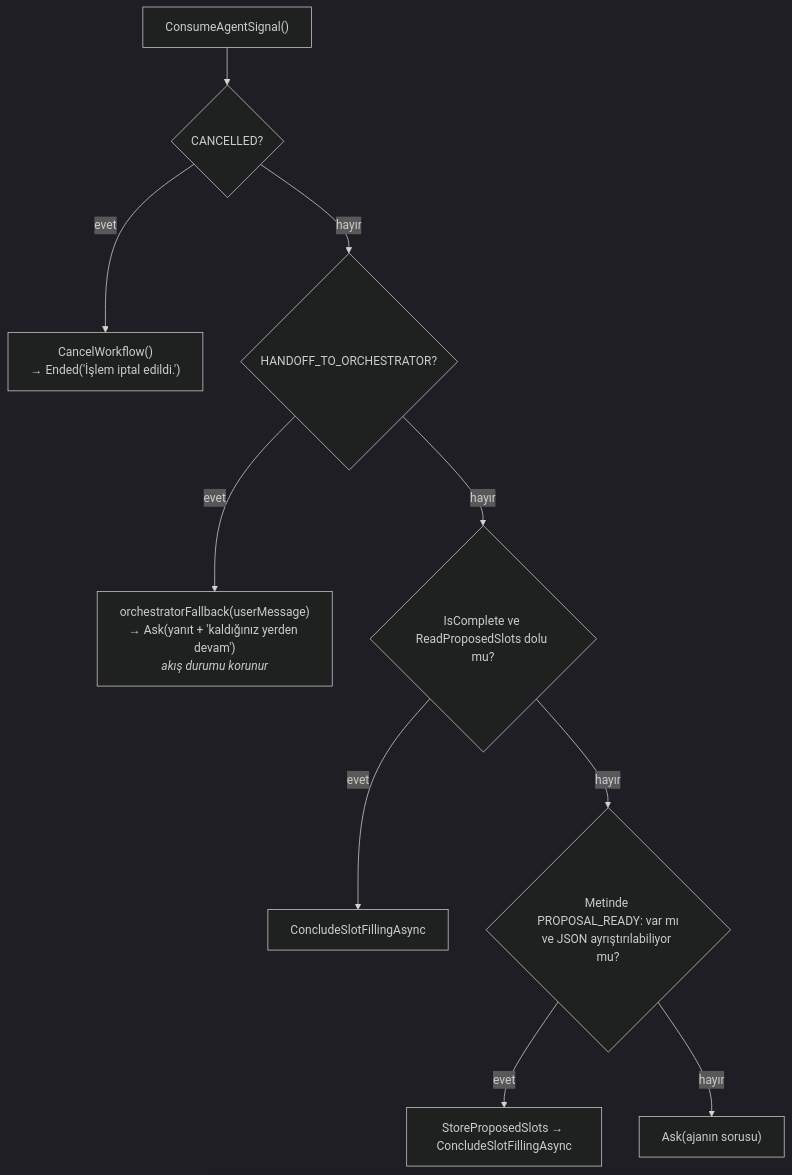
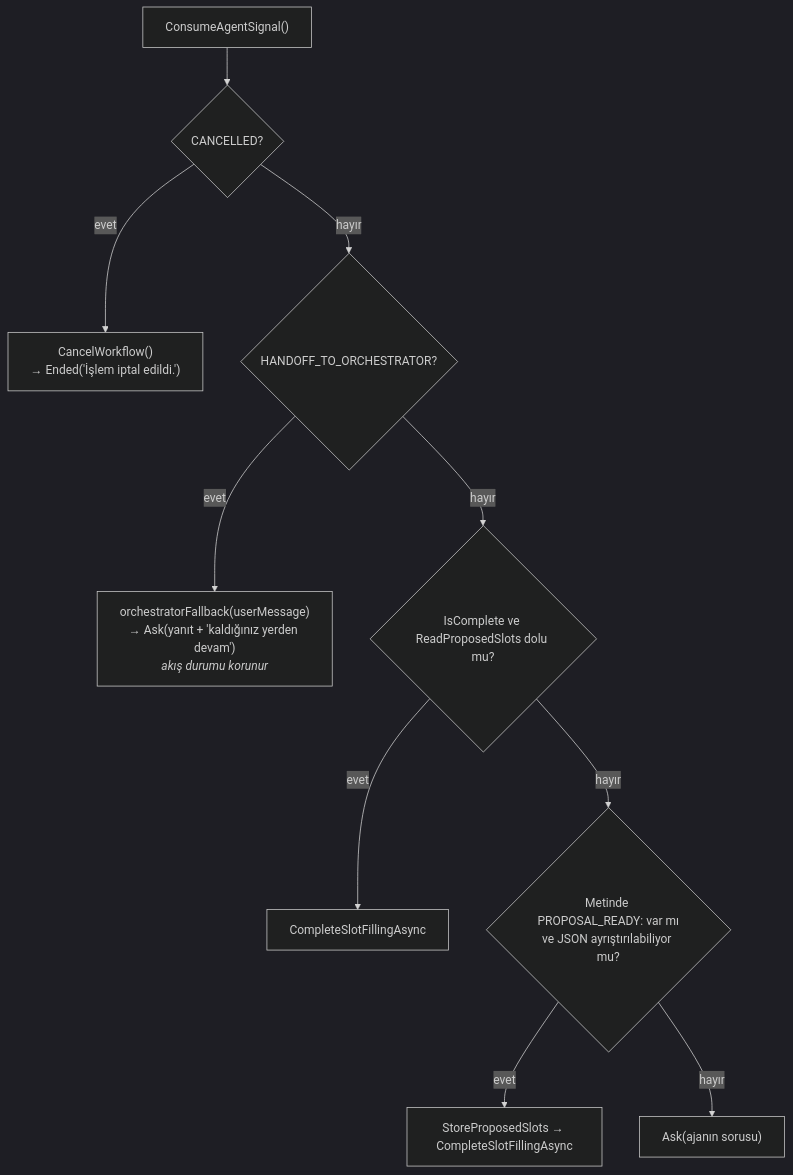
One commit to Boran-Sert/Bank-_Agentic changed the seventh of 9 diagrams in ANALIZ.md. Above: the diagram before and after it, drawn with Mermaid (dark theme). The commit also changed other lines of this file, not shown here.

````diff
--- a/ANALIZ.md
+++ b/ANALIZ.md
@@ -580,12 +580,12 @@
 ```mermaid
 flowchart TD
     S["ConsumeAgentSignal()"] --> C{"CANCELLED?"}
     C -->|evet| C1["CancelWorkflow()<br/>→ Ended('İşlem iptal edildi.')"]
     C -->|hayır| H{"HANDOFF_TO_ORCHESTRATOR?"}
     H -->|evet| H1["orchestratorFallback(userMessage)<br/>→ Ask(yanıt + 'kaldığınız yerden devam')<br/><i>akış durumu korunur</i>"]
     H -->|hayır| P{"IsComplete ve ReadProposedSlots dolu mu?"}
-    P -->|evet| P1["ConcludeSlotFillingAsync"]
+    P -->|evet| P1["CompleteSlotFillingAsync"]
     P -->|hayır| T{"Metinde PROPOSAL_READY: var mı<br/>ve JSON ayrıştırılabiliyor mu?"}
-    T -->|evet| T1["StoreProposedSlots → ConcludeSlotFillingAsync"]
+    T -->|evet| T1["StoreProposedSlots → CompleteSlotFillingAsync"]
     T -->|hayır| Q["Ask(ajanın sorusu)"]
 ```
````
